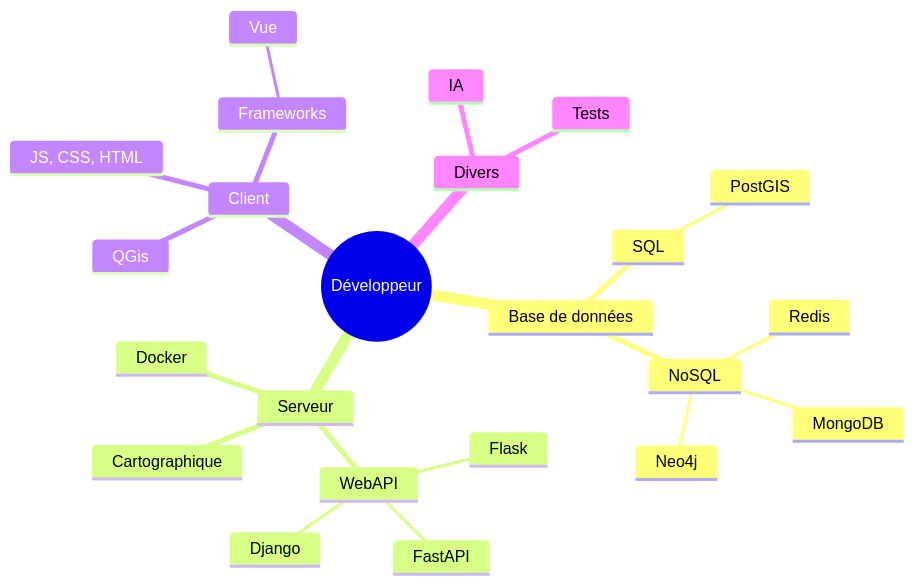
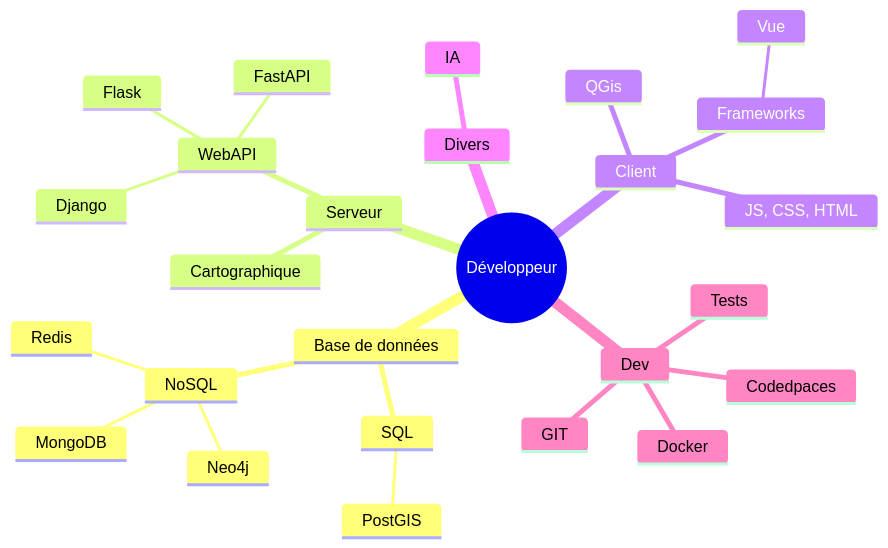
Before and after one commit to voirinprof/voirinprof.github.io: the diagram in _pages/fr/index.md, drawn with Mermaid. The commit also changed other lines of this file and 9 other files, not shown here.

```diff
--- a/_pages/fr/index.md
+++ b/_pages/fr/index.md
@@ -44,41 +44,47 @@
 <pre class="mermaid">
       mindmap
   root((Développeur))
     :::firstblock
     Base de données
     :::secondblock
       SQL
       :::thirdblock
         PostGIS
       NoSQL
       :::thirdblock
         Redis
         MongoDB
         Neo4j
     Serveur
     :::secondblock
-      Docker
-      :::thirdblock
       WebAPI
       :::thirdblock
         Flask
         FastAPI
         Django
       Cartographique
       :::thirdblock
     Client
     :::secondblock
       QGis
       :::thirdblock
       JS, CSS, HTML
       :::thirdblock
       Frameworks
       :::thirdblock
         Vue
     Divers
     :::secondblock
       IA
       :::thirdblock      
+    Dev
+    :::secondblock
+      Docker
+      :::thirdblock      
+      Codedpaces
+      :::thirdblock      
+      GIT
+      :::thirdblock      
       Tests
       :::thirdblock
     </pre>
```
